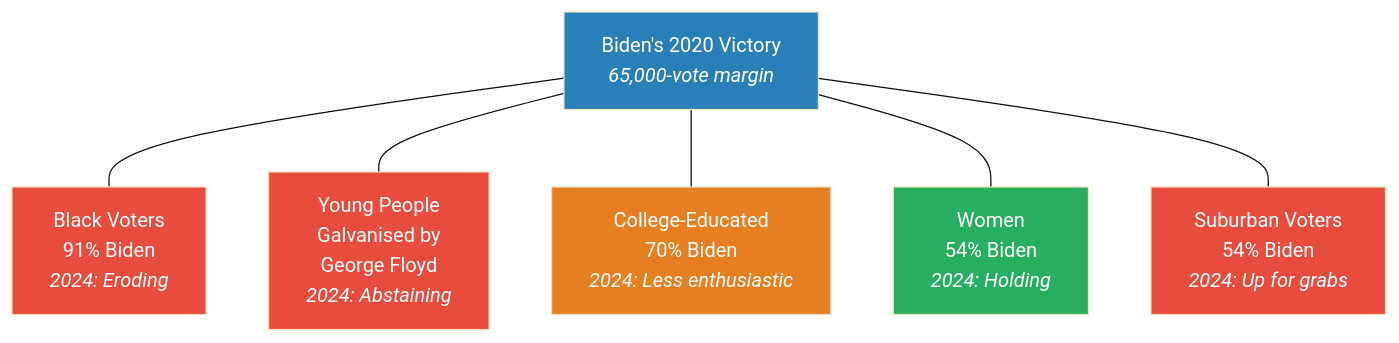
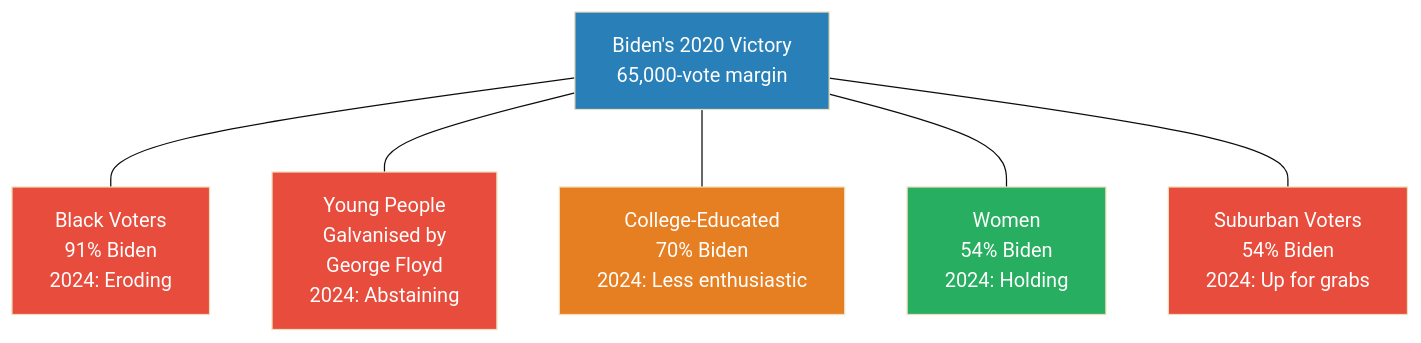
One commit to alius33/reader changed the third of 9 diagrams in summaries/Lectures/Geo-Strategy/05 - Why Trump Will Win.md. Above: the diagram before and after it, drawn with Mermaid (base theme). The commit also changed other lines of this file and 26 other files, not shown here.

````diff
--- a/summaries/Lectures/Geo-Strategy/05 - Why Trump Will Win.md
+++ b/summaries/Lectures/Geo-Strategy/05 - Why Trump Will Win.md
@@ -107,20 +124,20 @@
 ```mermaid
 flowchart TB
-    V["Biden's 2020 Victory<br/><i>65,000-vote margin</i>"]
-    B["Black Voters<br/>91% Biden<br/><i>2024: Eroding</i>"]
-    Y["Young People<br/>Galvanised by<br/>George Floyd<br/><i>2024: Abstaining</i>"]
-    C["College-Educated<br/>70% Biden<br/><i>2024: Less enthusiastic</i>"]
-    W["Women<br/>54% Biden<br/><i>2024: Holding</i>"]
-    S["Suburban Voters<br/>54% Biden<br/><i>2024: Up for grabs</i>"]
+    V["Biden's 2020 Victory<br/>65,000-vote margin"]
+    B["Black Voters<br/>91% Biden<br/>2024: Eroding"]
+    Y["Young People<br/>Galvanised by<br/>George Floyd<br/>2024: Abstaining"]
+    C["College-Educated<br/>70% Biden<br/>2024: Less enthusiastic"]
+    W["Women<br/>54% Biden<br/>2024: Holding"]
+    S["Suburban Voters<br/>54% Biden<br/>2024: Up for grabs"]
     V --- B
     V --- Y
     V --- C
     V --- W
     V --- S
     style V fill:#2980b9,color:#fff
     style B fill:#e74c3c,color:#fff
     style Y fill:#e74c3c,color:#fff
     style C fill:#e67e22,color:#fff
     style W fill:#27ae60,color:#fff
     style S fill:#e74c3c,color:#fff
 ```
````
